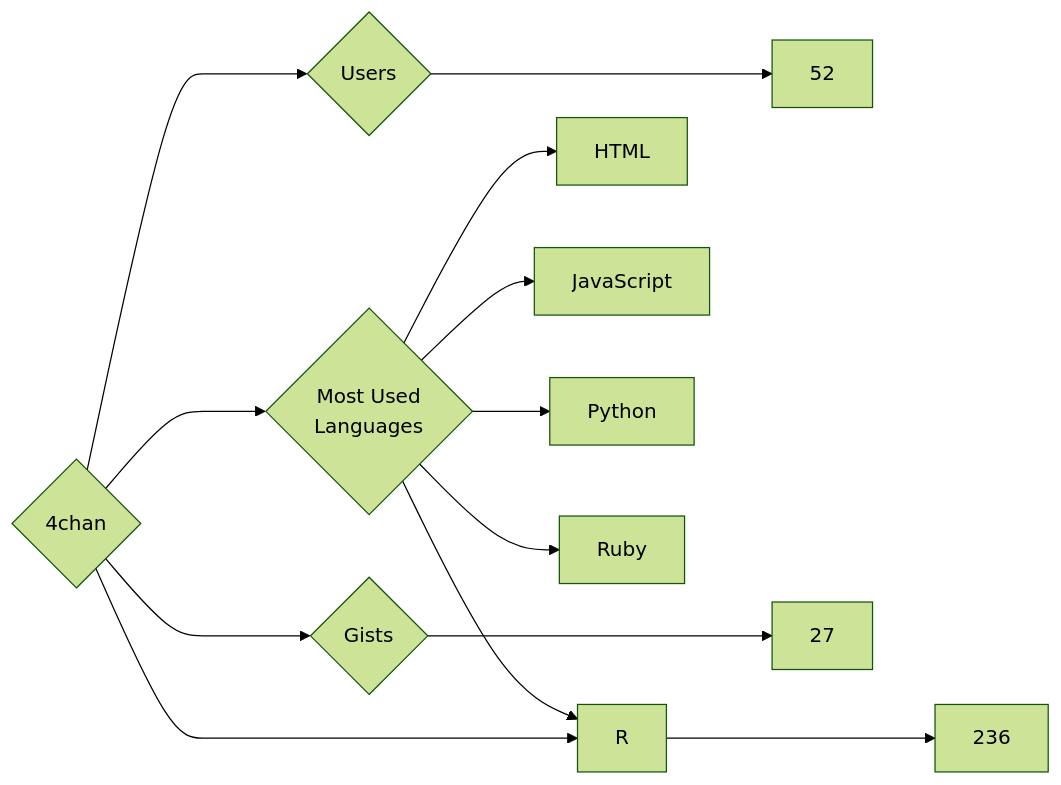
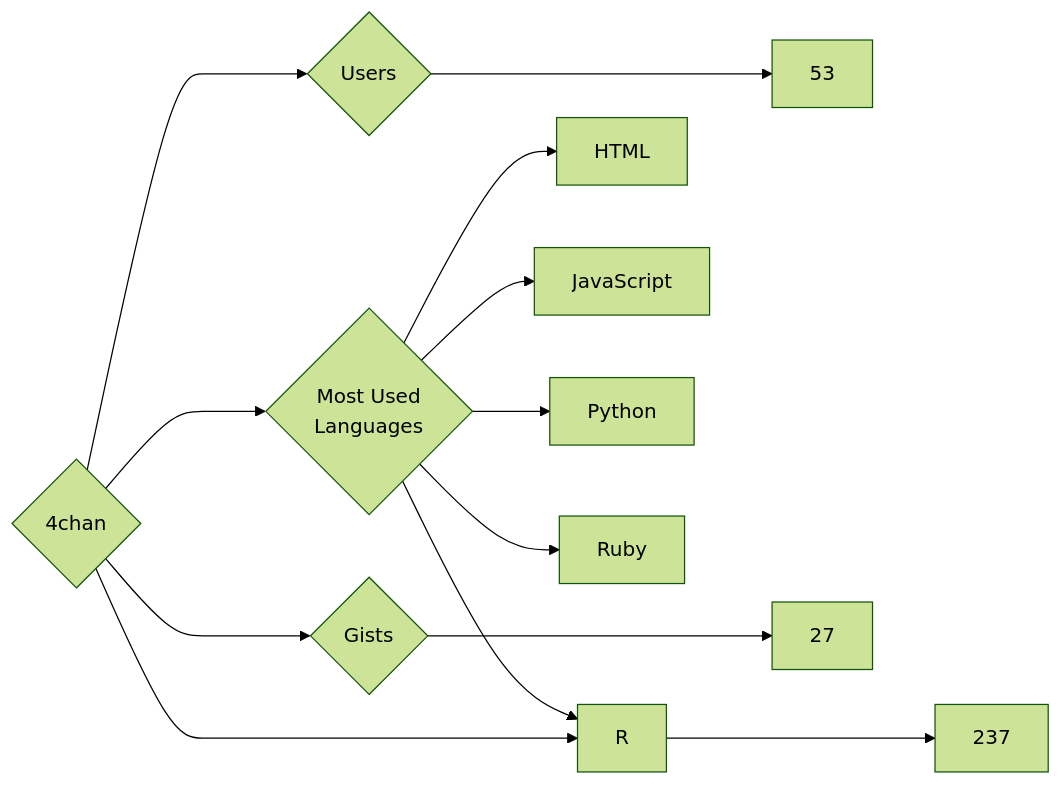
One commit to trickest/insiders changed the diagram in targets/4chan/README.md. Above: the diagram before and after it, drawn with Mermaid (forest theme). The commit also changed 1020 other files, not shown here.

````diff
--- a/targets/4chan/README.md
+++ b/targets/4chan/README.md
@@ -3,13 +3,13 @@
 ```mermaid
 graph LR
 COMPANY_NAME{4chan}
-COMPANY_NAME ---> U{Users} ---> UN[52]
-COMPANY_NAME ---> R{Repositories} ---> RN[236]
+COMPANY_NAME ---> U{Users} ---> UN[53]
+COMPANY_NAME ---> R{Repositories} ---> RN[237]
 COMPANY_NAME ---> G{Gists} ---> GN[27]
 COMPANY_NAME ---> ML{Most Used<br>Languages}
 ML --> HTML[HTML]
 ML --> JavaScript[JavaScript]
 ML --> Python[Python]
 ML --> Ruby[Ruby]
 ML --> R[R]
 ```
````
